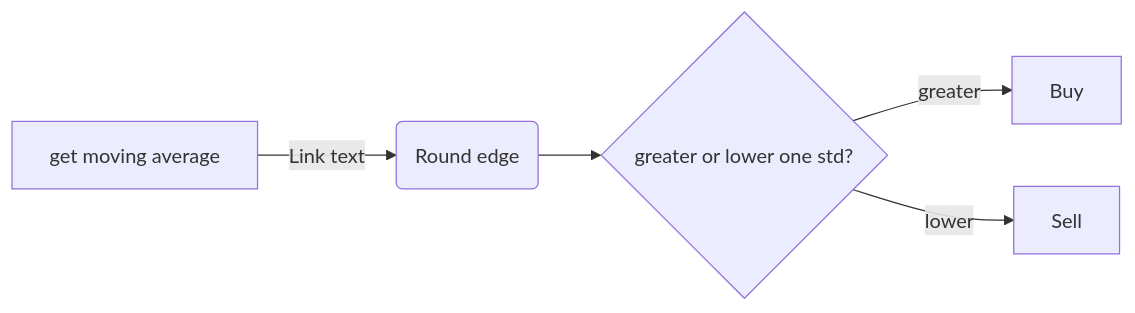
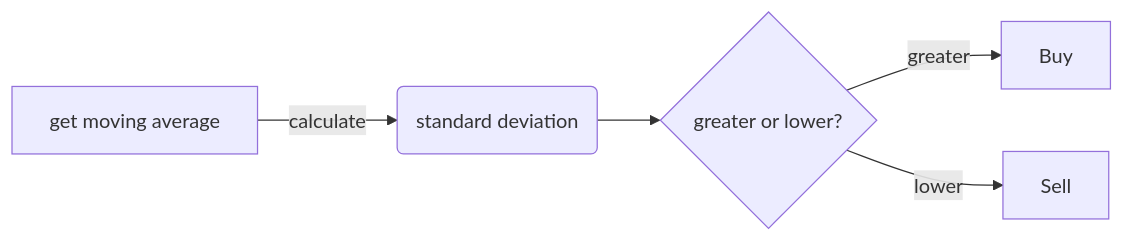
Before and after one commit to balaboom123/Taiwan_Stock_Predictor: the second of 2 diagrams in README.md, drawn with Mermaid.

````diff
--- a/README.md
+++ b/README.md
@@ -18,7 +18,7 @@
 ```mermaid
 graph LR
-A[get moving average] -->|Link text| B(Round edge)
-B --> C{greater or lower one std?}
+A[get moving average] -->|calculate| B(standard deviation)
+B --> C{greater or lower?}
 C -->|greater| D[Buy]
 C -->|lower| E[Sell]
 ```
````
